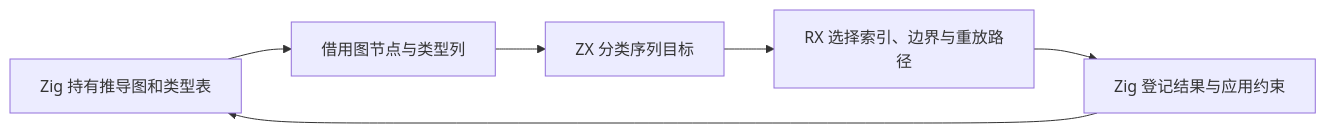
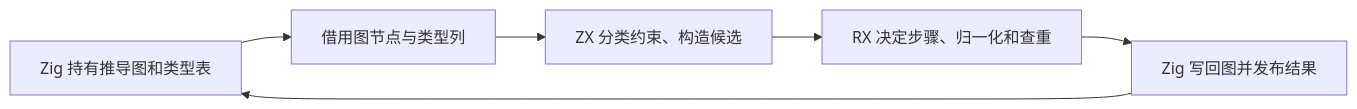
The second of 2 diagrams in docs/2026-11-12/自举日报.md (MatrixAges/zxc), drawn with Mermaid before and after one commit. The commit also changed other lines of this file and 8 other files, not shown here.

````diff
--- a/docs/2026-11-12/自举日报.md
+++ b/docs/2026-11-12/自举日报.md
@@ -77,8 +81,8 @@
 ```mermaid
 flowchart LR
     Graph[Zig 持有推导图和类型表] --> View[借用图节点与类型列]
-    View --> Target[ZX 分类序列目标]
-    Target --> Plan[RX 选择索引、边界与重放路径]
-    Plan --> Apply[Zig 登记结果与应用约束]
+    View --> Target[ZX 分类约束、构造候选]
+    Target --> Plan[RX 决定步骤、归一化和查重]
+    Plan --> Apply[Zig 写回图并发布结果]
     Apply --> Graph
 ```
````
